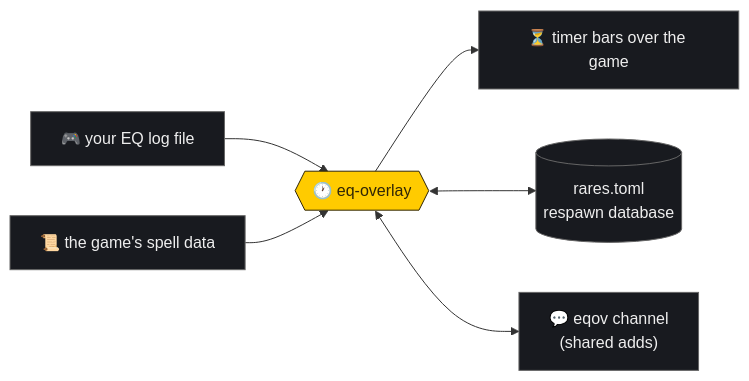
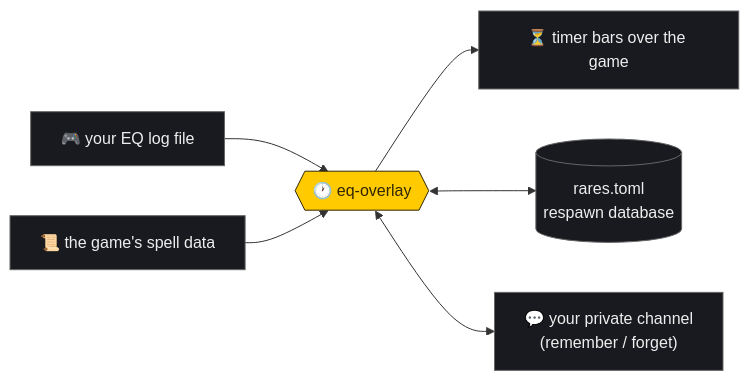
One commit to shawnbierman/eq-overlay changed the diagram in README.md. Above: the diagram before and after it, drawn with Mermaid. The commit also changed other lines of this file and 7 other files, not shown here.

First line of the commit message:
v0.2.4: private per-character command channel; remember/forget

````diff
--- a/README.md
+++ b/README.md
@@ -39,13 +39,13 @@
 ```mermaid
 flowchart LR
     LOG["🎮 your EQ log file"] --> APP{{"🕐 eq-overlay"}}
     DATA["📜 the game's spell data"] --> APP
     APP --> BARS["⏳ timer bars over the game"]
     APP <--> DB[("rares.toml<br/>respawn database")]
-    APP <--> CHAT["💬 eqov channel<br/>(shared adds)"]
+    APP <--> CHAT["💬 your private channel<br/>(remember / forget)"]
 
     classDef gold fill:#ffcb00,stroke:#302606,color:#302606
     classDef dark fill:#181a1f,stroke:#666,color:#eee
     class APP gold
     class LOG,DATA,BARS,DB,CHAT dark
 ```
````
